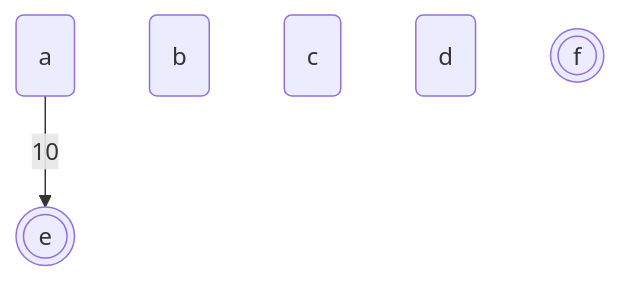
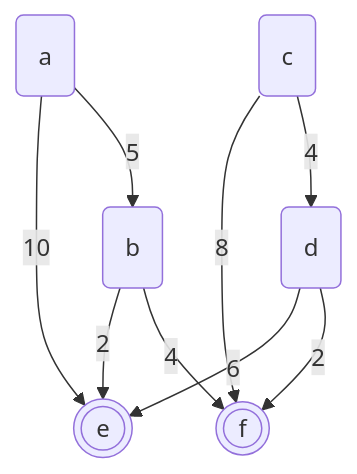
Before and after one commit to studenttak/modules: the diagram in 0310/mdModule.md, drawn with Mermaid.

````diff
--- a/0310/mdModule.md
+++ b/0310/mdModule.md
@@ -217,10 +217,17 @@
 ```mermaid
 flowchart TD
 a(a)
 b(b)
 c(c)
 d(d)
 e(((e)))
 f(((f)))
 a-- 10 -->e
+a-- 5 -->b
+c-- 8 -->f
+b-- 2 -->e
+b-- 4 -->f
+c-- 4 -->d
+d-- 6 -->e
+d-- 2 -->f
 ```
````
